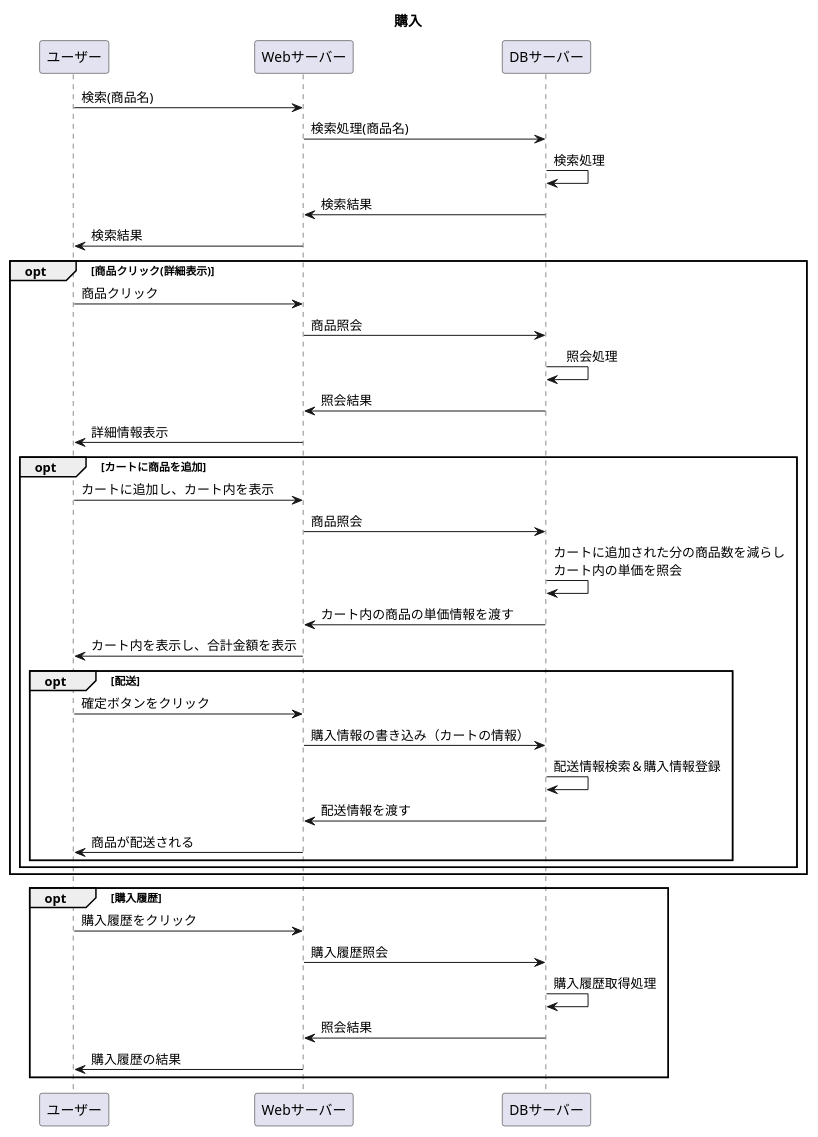
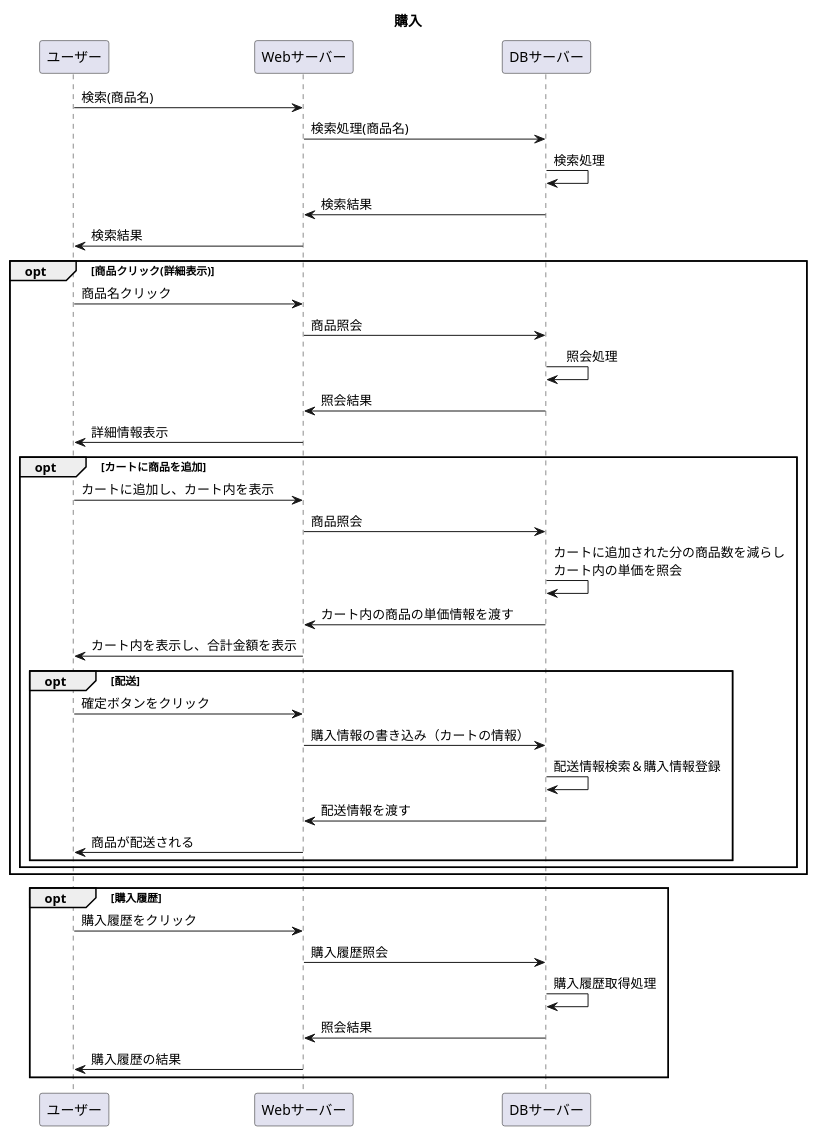
Before and after one commit to Aso2001227/Aso-Sports-1: the diagram in 設計書/02_業務フロー/business-flow.md, drawn with PlantUML.

`````diff
--- a/設計書/02_業務フロー/business-flow.md
+++ b/設計書/02_業務フロー/business-flow.md
@@ -1,43 +1,43 @@
 ```uml
 @startuml
     title: 購入
     ユーザー -> Webサーバー : 検索(商品名)
     Webサーバー -> DBサーバー : 検索処理(商品名)
     DBサーバー -> DBサーバー : 検索処理
     DBサーバー -> Webサーバー : 検索結果
     Webサーバー -> ユーザー : 検索結果
     opt 商品クリック(詳細表示)
-      ユーザー -> Webサーバー : 商品クリック
+      ユーザー -> Webサーバー : 商品名クリック
       Webサーバー -> DBサーバー : 商品照会
       DBサーバー -> DBサーバー : 　照会処理
       DBサーバー -> Webサーバー : 照会結果
       Webサーバー -> ユーザー : 詳細情報表示
         opt カートに商品を追加
           ユーザー -> Webサーバー : カートに追加し、カート内を表示
           Webサーバー -> DBサーバー : 商品照会
           DBサーバー -> DBサーバー : カートに追加された分の商品数を減らし\nカート内の単価を照会
           DBサーバー -> Webサーバー :カート内の商品の単価情報を渡す
           Webサーバー -> ユーザー:カート内を表示し、合計金額を表示
           opt 配送
             ユーザー -> Webサーバー : 確定ボタンをクリック
             Webサーバー -> DBサーバー :購入情報の書き込み（カートの情報）
             DBサーバー -> DBサーバー : 配送情報検索＆購入情報登録
             DBサーバー -> Webサーバー :配送情報を渡す
             Webサーバー -> ユーザー:商品が配送される
         end
       end
 end
 opt 購入履歴
 ユーザー ->Webサーバー :購入履歴をクリック
 Webサーバー -> DBサーバー :購入履歴照会
 DBサーバー -> DBサーバー : 購入履歴取得処理
 DBサーバー -> Webサーバー :照会結果
 Webサーバー -> ユーザー :購入履歴の結果
 end
 
 
 
 
 
 @enduml
 ````
`````
